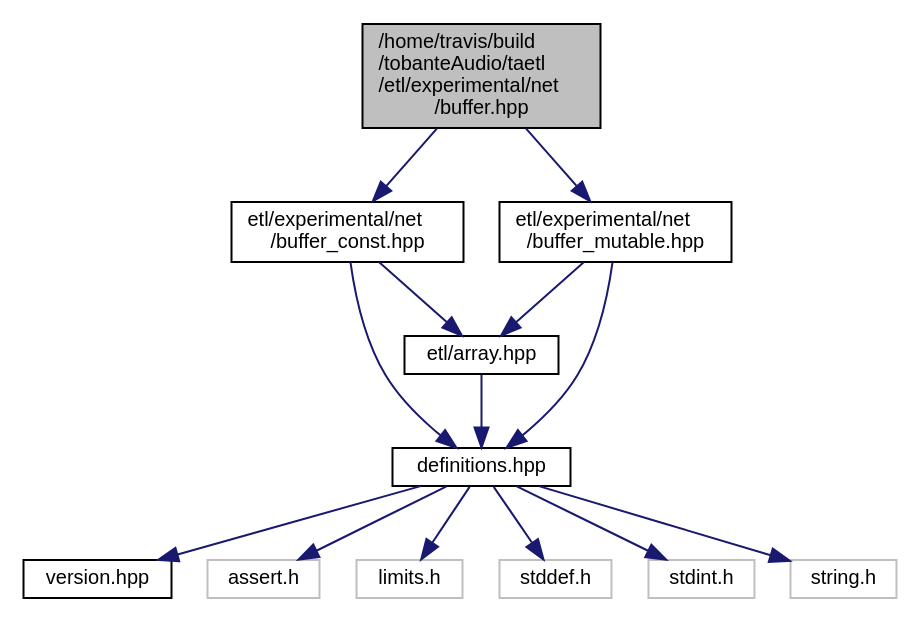
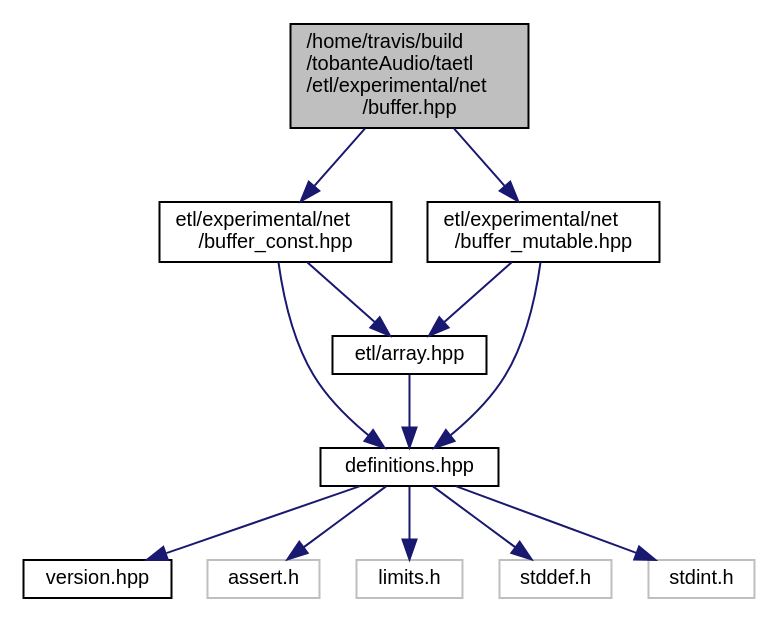
The diagram in buffer_8hpp__incl.dot (tobanteAudio/taetl), drawn with Graphviz before and after one commit. The commit also changed 128 other files, not shown here.

```diff
--- a/buffer_8hpp__incl.dot
+++ b/buffer_8hpp__incl.dot
@@ -1,29 +1,27 @@
 digraph "/home/travis/build/tobanteAudio/taetl/etl/experimental/net/buffer.hpp"
 {
   edge [fontname="Helvetica",fontsize="10",labelfontname="Helvetica",labelfontsize="10"];
   node [fontname="Helvetica",fontsize="10",shape=record];
   Node0 [label="/home/travis/build\l/tobanteAudio/taetl\l/etl/experimental/net\l/buffer.hpp",height=0.2,width=0.4,color="black", fillcolor="grey75", style="filled", fontcolor="black"];
   Node0 -> Node1 [color="midnightblue",fontsize="10",style="solid",fontname="Helvetica"];
   Node1 [label="etl/experimental/net\l/buffer_const.hpp",height=0.2,width=0.4,color="black", fillcolor="white", style="filled",URL="$buffer__const_8hpp.html"];
   Node1 -> Node2 [color="midnightblue",fontsize="10",style="solid",fontname="Helvetica"];
   Node2 [label="etl/array.hpp",height=0.2,width=0.4,color="black", fillcolor="white", style="filled",URL="$array_8hpp.html"];
   Node2 -> Node3 [color="midnightblue",fontsize="10",style="solid",fontname="Helvetica"];
   Node3 [label="definitions.hpp",height=0.2,width=0.4,color="black", fillcolor="white", style="filled",URL="$definitions_8hpp.html"];
   Node3 -> Node4 [color="midnightblue",fontsize="10",style="solid",fontname="Helvetica"];
   Node4 [label="version.hpp",height=0.2,width=0.4,color="black", fillcolor="white", style="filled",URL="$version_8hpp.html"];
   Node3 -> Node5 [color="midnightblue",fontsize="10",style="solid",fontname="Helvetica"];
   Node5 [label="assert.h",height=0.2,width=0.4,color="grey75", fillcolor="white", style="filled"];
   Node3 -> Node6 [color="midnightblue",fontsize="10",style="solid",fontname="Helvetica"];
   Node6 [label="limits.h",height=0.2,width=0.4,color="grey75", fillcolor="white", style="filled"];
   Node3 -> Node7 [color="midnightblue",fontsize="10",style="solid",fontname="Helvetica"];
   Node7 [label="stddef.h",height=0.2,width=0.4,color="grey75", fillcolor="white", style="filled"];
   Node3 -> Node8 [color="midnightblue",fontsize="10",style="solid",fontname="Helvetica"];
   Node8 [label="stdint.h",height=0.2,width=0.4,color="grey75", fillcolor="white", style="filled"];
-  Node3 -> Node9 [color="midnightblue",fontsize="10",style="solid",fontname="Helvetica"];
-  Node9 [label="string.h",height=0.2,width=0.4,color="grey75", fillcolor="white", style="filled"];
   Node1 -> Node3 [color="midnightblue",fontsize="10",style="solid",fontname="Helvetica"];
-  Node0 -> Node10 [color="midnightblue",fontsize="10",style="solid",fontname="Helvetica"];
-  Node10 [label="etl/experimental/net\l/buffer_mutable.hpp",height=0.2,width=0.4,color="black", fillcolor="white", style="filled",URL="$buffer__mutable_8hpp.html"];
-  Node10 -> Node2 [color="midnightblue",fontsize="10",style="solid",fontname="Helvetica"];
-  Node10 -> Node3 [color="midnightblue",fontsize="10",style="solid",fontname="Helvetica"];
+  Node0 -> Node9 [color="midnightblue",fontsize="10",style="solid",fontname="Helvetica"];
+  Node9 [label="etl/experimental/net\l/buffer_mutable.hpp",height=0.2,width=0.4,color="black", fillcolor="white", style="filled",URL="$buffer__mutable_8hpp.html"];
+  Node9 -> Node2 [color="midnightblue",fontsize="10",style="solid",fontname="Helvetica"];
+  Node9 -> Node3 [color="midnightblue",fontsize="10",style="solid",fontname="Helvetica"];
 }
```
